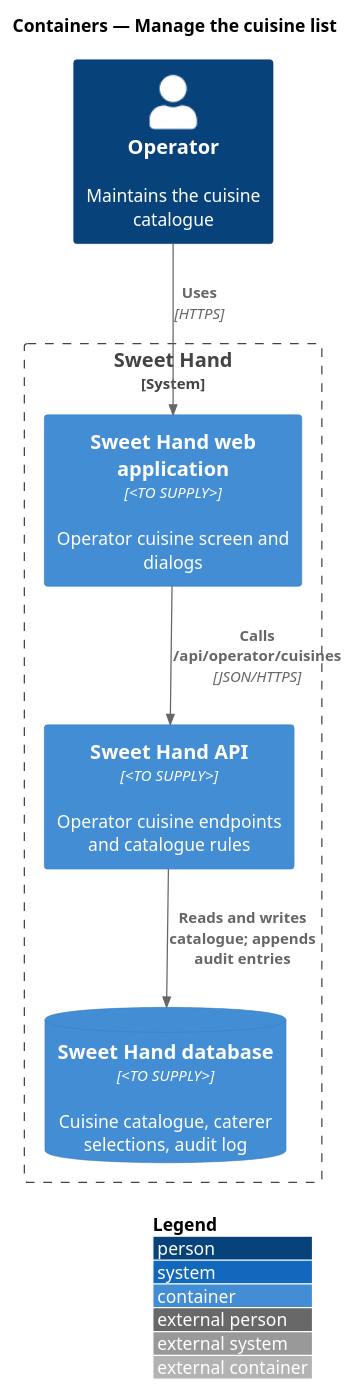
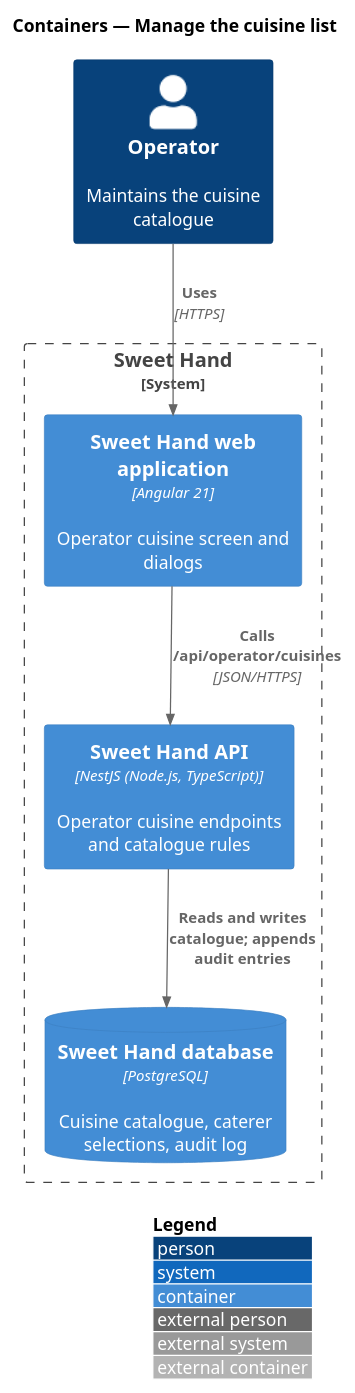
Before and after one commit to QuinntyneBrown/sweet-hand: the diagram in docs/detailed-designs/discovery/manage-cuisine-list/diagrams/c4-container.puml, drawn with PlantUML. The commit also changed 32 other files, not shown here.

```diff
--- a/docs/detailed-designs/discovery/manage-cuisine-list/diagrams/c4-container.puml
+++ b/docs/detailed-designs/discovery/manage-cuisine-list/diagrams/c4-container.puml
@@ -1,15 +1,15 @@
 @startuml
 !include <C4/C4_Container>
 LAYOUT_WITH_LEGEND()
 title Containers — Manage the cuisine list
 
 Person(operator, "Operator", "Maintains the cuisine catalogue")
 System_Boundary(sweethand, "Sweet Hand") {
-  Container(web, "Sweet Hand web application", "<TO SUPPLY>", "Operator cuisine screen and dialogs")
-  Container(api, "Sweet Hand API", "<TO SUPPLY>", "Operator cuisine endpoints and catalogue rules")
-  ContainerDb(db, "Sweet Hand database", "<TO SUPPLY>", "Cuisine catalogue, caterer selections, audit log")
+  Container(web, "Sweet Hand web application", "Angular 21", "Operator cuisine screen and dialogs")
+  Container(api, "Sweet Hand API", "NestJS (Node.js, TypeScript)", "Operator cuisine endpoints and catalogue rules")
+  ContainerDb(db, "Sweet Hand database", "PostgreSQL", "Cuisine catalogue, caterer selections, audit log")
 }
 Rel(operator, web, "Uses", "HTTPS")
 Rel(web, api, "Calls /api/operator/cuisines", "JSON/HTTPS")
 Rel(api, db, "Reads and writes catalogue; appends audit entries")
 @enduml
```
